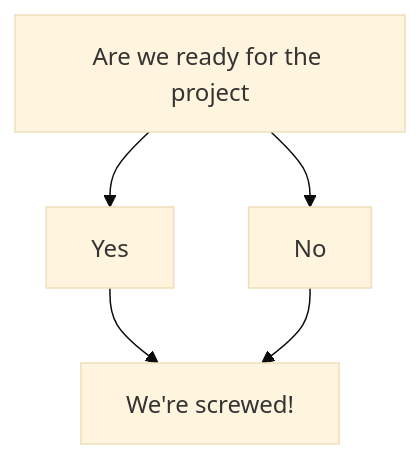
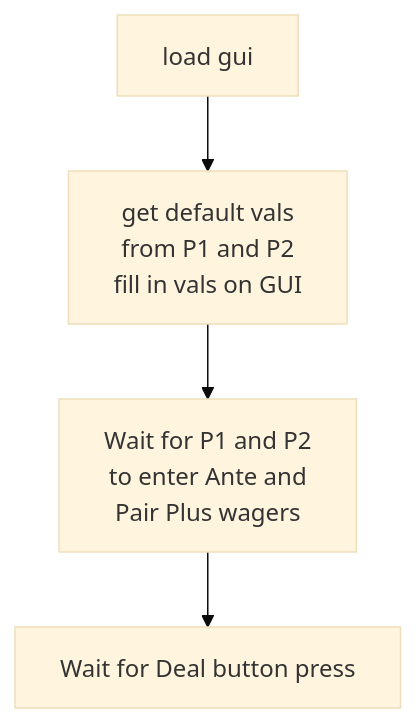
The diagram in README.md (david-dozer/cs342-poker), drawn with Mermaid (base theme) before and after one commit.

Commit message:
planning

````diff
--- a/README.md
+++ b/README.md
@@ -5,7 +5,6 @@
 ```mermaid
   graph TD;
-      A[Are we ready for the project]-->B[Yes];
-      A-->C[No];
-      B-->D[We're screwed!];
-      C-->D[We're screwed!];
+      A[load gui ]-->B[get default vals <br> from P1 and P2 <br> fill in vals on GUI];
+      B-->C[Wait for P1 and P2 <br> to enter Ante and <br> Pair Plus wagers];
+      C-->D[Wait for Deal button press];
 ```
````
